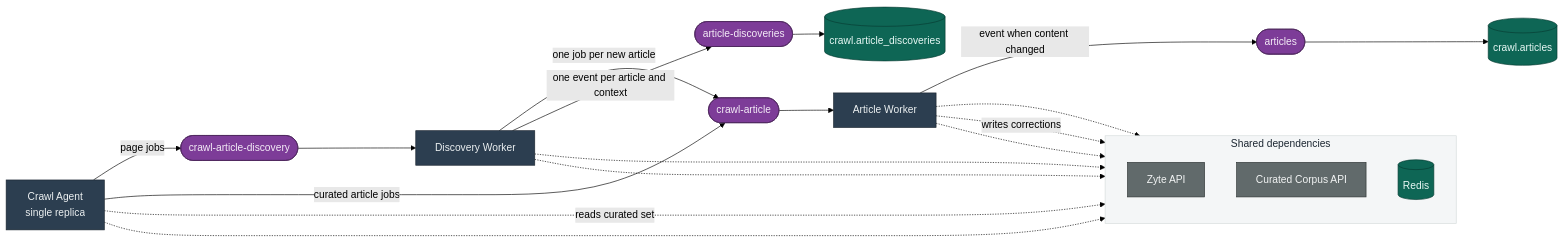
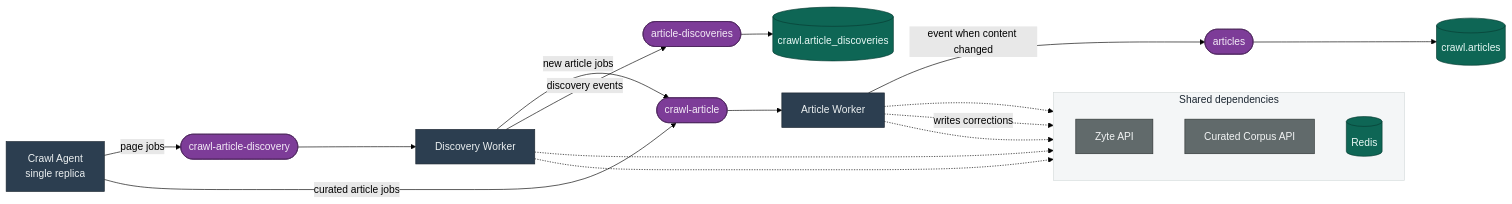
The second of 5 diagrams in docs/ARCHITECTURE.md (mozilla/hnt-content), drawn with Mermaid (forest theme) before and after one commit. The commit also changed other lines of this file, not shown here.

Commit message:
docs(HNT-2086): finalize architecture doc from verification pass

````diff
--- a/docs/ARCHITECTURE.md
+++ b/docs/ARCHITECTURE.md
@@ -69,41 +69,39 @@
 ```mermaid
 flowchart LR
     agent["Crawl Agent<br/>single replica"]:::service
     qDisc(["crawl-article-discovery"]):::messaging
     disc["Discovery Worker"]:::service
     qArt(["crawl-article"]):::messaging
     art["Article Worker"]:::service
     tDisc(["article-discoveries"]):::messaging
     bqDisc[("crawl.article_discoveries")]:::store
     tArt(["articles"]):::messaging
     bqArt[("crawl.articles")]:::store
 
     subgraph deps["Shared dependencies"]
         direction TB
         zyte["Zyte API"]:::external
         corpus["Curated Corpus API"]:::external
         redis[("Redis")]:::store
     end
 
     agent -->|page jobs| qDisc
     agent -->|curated article jobs| qArt
     qDisc --> disc
-    disc -->|one job per new article| qArt
+    disc -->|new article jobs| qArt
     qArt --> art
-    disc -->|one event per article and context| tDisc --> bqDisc
+    disc -->|discovery events| tDisc --> bqDisc
     art -->|event when content changed| tArt --> bqArt
 
     disc -.-> zyte
     art -.-> zyte
-    agent -.->|reads curated set| corpus
     art -.->|writes corrections| corpus
-    agent -.-> redis
     disc -.-> redis
     art -.-> redis
 
     classDef service fill:#2c3e50,stroke:#1a252f,color:#ecf0f1,stroke-width:1px
     classDef messaging fill:#7d3c98,stroke:#4a235a,color:#f4ecf7,stroke-width:1px
     classDef store fill:#0e6655,stroke:#073b31,color:#e8f8f5,stroke-width:1px
     classDef external fill:#616a6b,stroke:#2c3232,color:#f2f4f4,stroke-width:1px
     style deps fill:#f4f6f7,stroke:#d5dbdb,color:#1b2631
 ```
````
